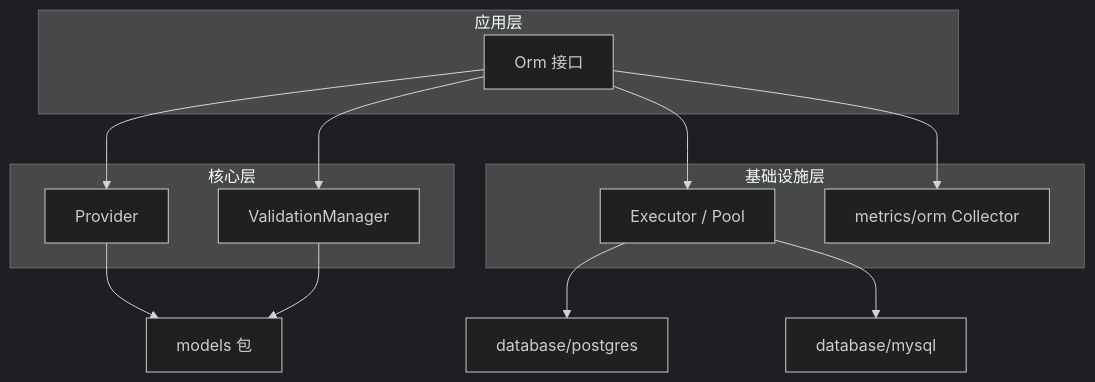
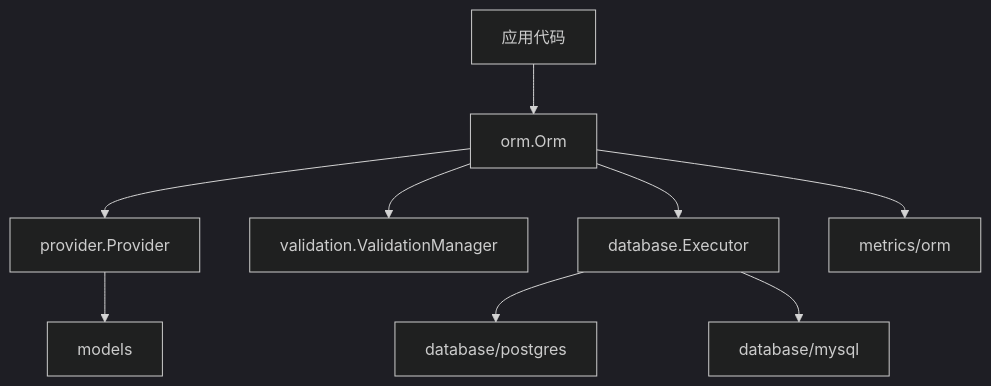
Before and after one commit to muidea/magicOrm: the diagram in docs/README.md, drawn with Mermaid (dark theme). The commit also changed other lines of this file and 169 other files, not shown here.

````diff
--- a/docs/README.md
+++ b/docs/README.md
@@ -50,22 +93,11 @@
 ```mermaid
 flowchart TB
-    subgraph app [应用层]
-        Orm[Orm 接口]
-    end
-    subgraph core [核心层]
-        Provider[Provider]
-        Validation[ValidationManager]
-    end
-    subgraph infra [基础设施层]
-        Database[Executor / Pool]
-        Metrics[metrics/orm Collector]
-    end
-    Orm --> Provider
-    Orm --> Validation
-    Orm --> Database
-    Orm --> Metrics
-    Provider --> Models[models 包]
-    Validation --> Models
-    Database --> Postgres[database/postgres]
-    Database --> MySQL[database/mysql]
+    App[应用代码] --> Orm[orm.Orm]
+    Orm --> Provider[provider.Provider]
+    Orm --> Validation[validation.ValidationManager]
+    Orm --> Executor[database.Executor]
+    Orm --> Metrics[metrics/orm]
+    Provider --> Models[models]
+    Executor --> Postgres[database/postgres]
+    Executor --> MySQL[database/mysql]
 ```
````
